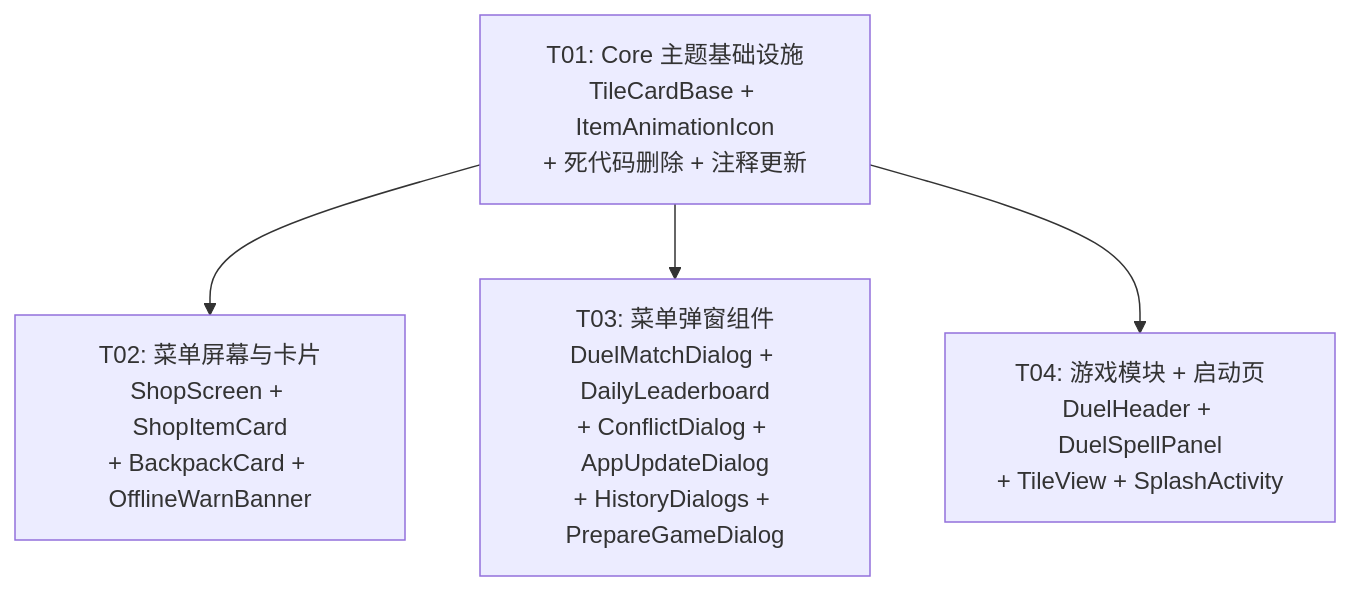
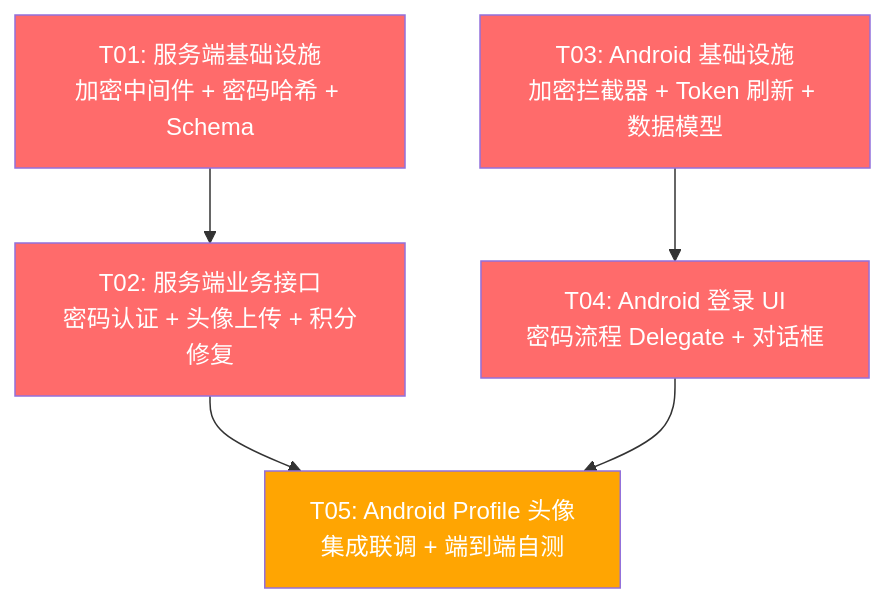
The sixth of 6 diagrams in docs/system_design.md (xqh0927/sheeps), drawn with Mermaid before and after one commit. The commit also changed other lines of this file and 39 other files, not shown here.

````diff
--- a/docs/system_design.md
+++ b/docs/system_design.md
@@ -498,11 +600,19 @@
 ```mermaid
 graph TD
-    T01["T01: Core 主题基础设施<br/>TileCardBase + ItemAnimationIcon<br/>+ 死代码删除 + 注释更新"]
-    T02["T02: 菜单屏幕与卡片<br/>ShopScreen + ShopItemCard<br/>+ BackpackCard + OfflineWarnBanner"]
-    T03["T03: 菜单弹窗组件<br/>DuelMatchDialog + DailyLeaderboard<br/>+ ConflictDialog + AppUpdateDialog<br/>+ HistoryDialogs + PrepareGameDialog"]
-    T04["T04: 游戏模块 + 启动页<br/>DuelHeader + DuelSpellPanel<br/>+ TileView + SplashActivity"]
+    T01["T01: 服务端基础设施<br/>加密中间件 + 密码哈希 + Schema"]
+    T02["T02: 服务端业务接口<br/>密码认证 + 头像上传 + 积分修复"]
+    T03["T03: Android 基础设施<br/>加密拦截器 + Token 刷新 + 数据模型"]
+    T04["T04: Android 登录 UI<br/>密码流程 Delegate + 对话框"]
+    T05["T05: Android Profile 头像<br/>集成联调 + 端到端自测"]
 
     T01 --> T02
-    T01 --> T03
-    T01 --> T04
+    T03 --> T04
+    T02 --> T05
+    T04 --> T05
+
+    style T01 fill:#ff6b6b,color:#fff
+    style T02 fill:#ff6b6b,color:#fff
+    style T03 fill:#ff6b6b,color:#fff
+    style T04 fill:#ff6b6b,color:#fff
+    style T05 fill:#ffa502,color:#fff
 ```
````
